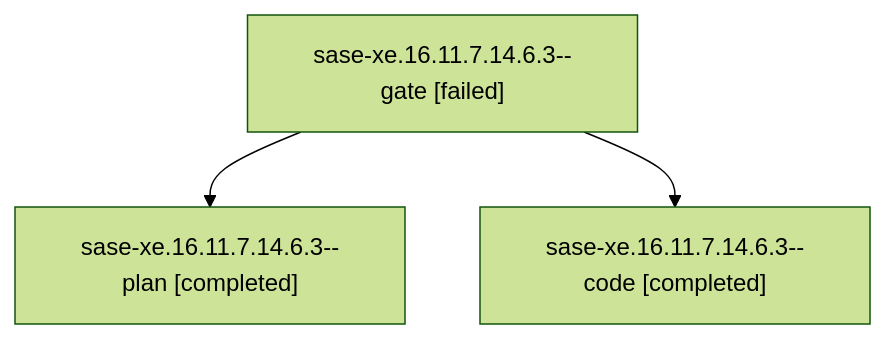
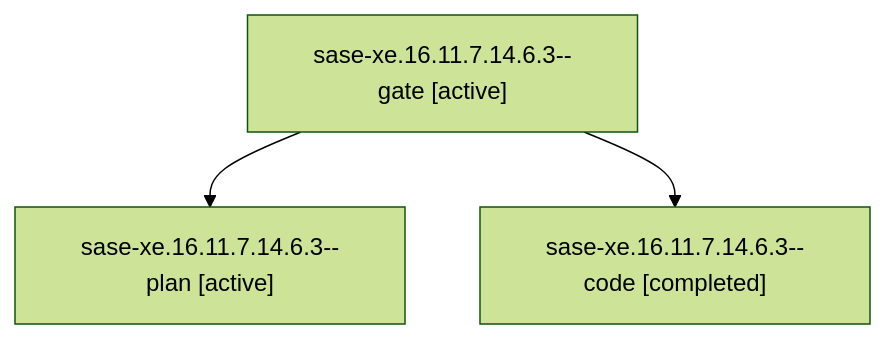
Before and after one commit to sase-org/sase--agents: the diagram in families/bbugyi200.athena.sase-xe.16.11.7.14.6.3.md, drawn with Mermaid (forest theme). The commit also changed other lines of this file and 35830 other files, not shown here.

````diff
--- a/families/bbugyi200.athena.sase-xe.16.11.7.14.6.3.md
+++ b/families/bbugyi200.athena.sase-xe.16.11.7.14.6.3.md
@@ -9,8 +9,8 @@
 ```mermaid
 flowchart TD
-  n0["sase-xe.16.11.7.14.6.3--gate [failed]"]
-  n1["sase-xe.16.11.7.14.6.3--plan [completed]"]
+  n0["sase-xe.16.11.7.14.6.3--gate [active]"]
+  n1["sase-xe.16.11.7.14.6.3--plan [active]"]
   n0 --> n1
   n2["sase-xe.16.11.7.14.6.3--code [completed]"]
   n0 --> n2
 ```
````
